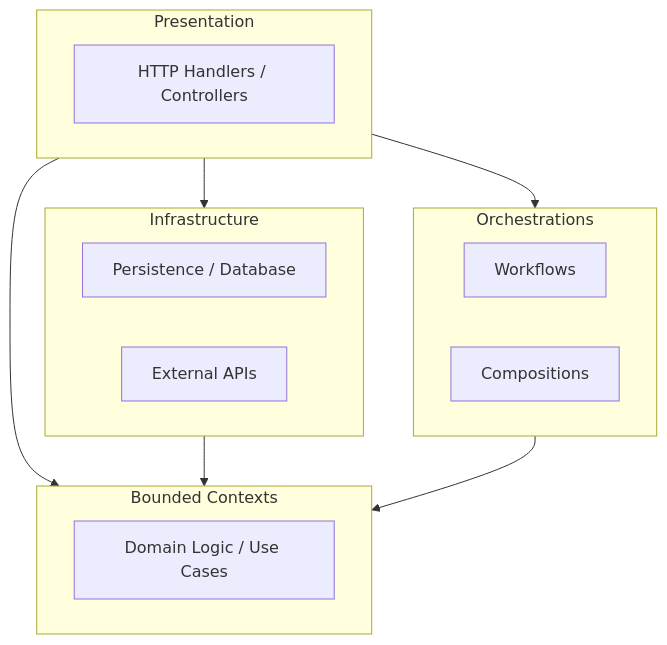
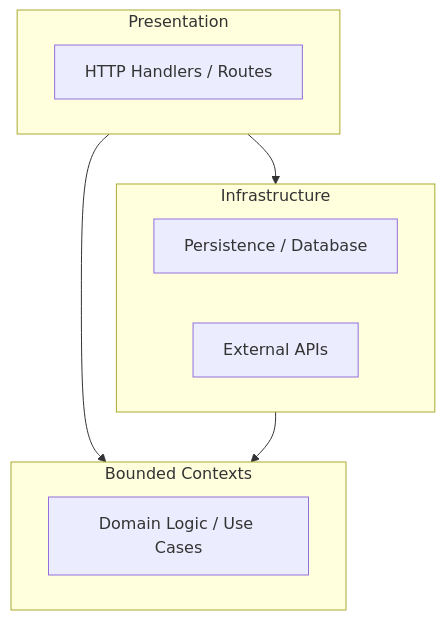
Before and after one commit to Cosmneo/onion-lasagna: the diagram in apps/docs/contents/docs/index.mdx, drawn with Mermaid. The commit also changed 27 other files, not shown here.

````diff
--- a/apps/docs/contents/docs/index.mdx
+++ b/apps/docs/contents/docs/index.mdx
@@ -13,26 +13,19 @@
 ```mermaid
 graph TD
     subgraph Presentation
-        HTTP[HTTP Handlers / Controllers]
+        HTTP[HTTP Handlers / Routes]
     end
 
     subgraph Infrastructure
         DB[Persistence / Database]
         External[External APIs]
     end
 
-    subgraph Orchestrations
-        Workflow[Workflows]
-        Composition[Compositions]
-    end
-
     subgraph BC[Bounded Contexts]
         Domain[Domain Logic / Use Cases]
     end
 
     Presentation --> Infrastructure
-    Presentation --> Orchestrations
     Presentation --> BC
     Infrastructure --> BC
-    Orchestrations --> BC
 ```
````
